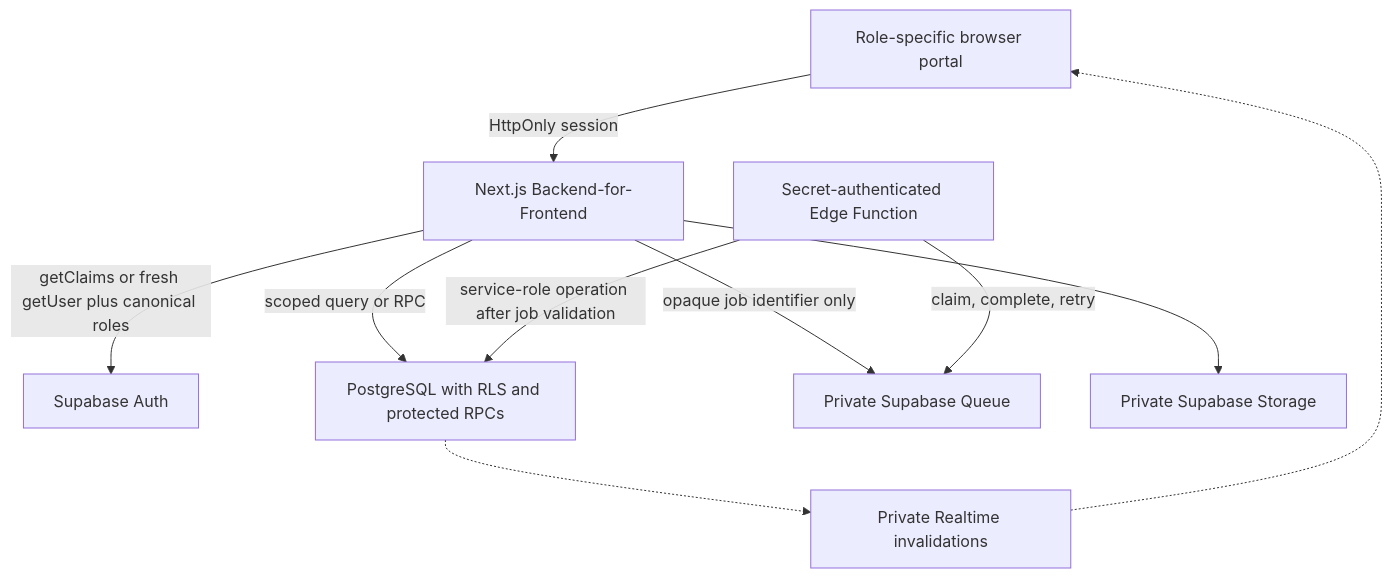
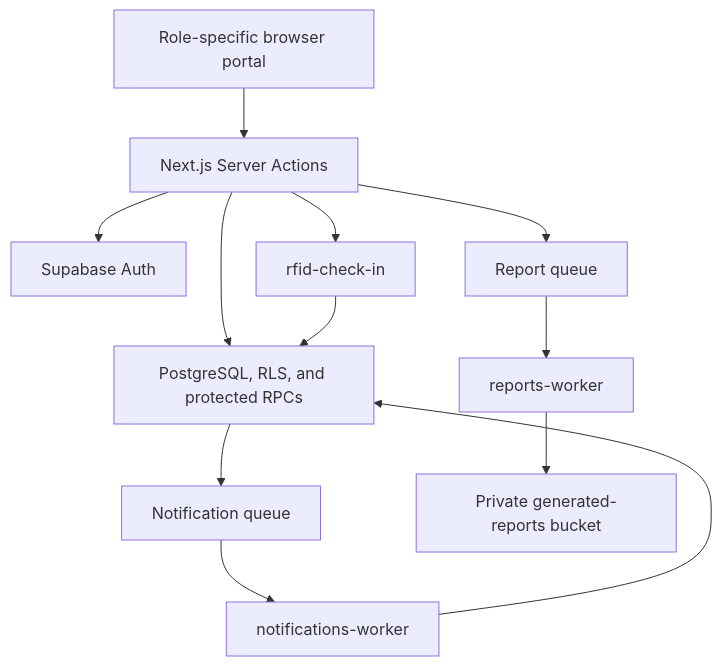
One commit to Tokise/Zentraq-backend changed the diagram in docs/SERVERLESS_MICROSERVICES_MIGRATION.md. Above: the diagram before and after it, drawn with Mermaid. The commit also changed other lines of this file and 190 other files, not shown here.

Commit message:
updated: Serverless micorservices on rfid scanning , notification and reports

````diff
--- a/docs/SERVERLESS_MICROSERVICES_MIGRATION.md
+++ b/docs/SERVERLESS_MICROSERVICES_MIGRATION.md
@@ -21,21 +32,25 @@
 ```mermaid
 flowchart TB
     Browser["Role-specific browser portal"]
-    Next["Next.js Backend-for-Frontend"]
+    Actions["Next.js Server Actions"]
     Auth["Supabase Auth"]
-    Data["PostgreSQL with RLS and protected RPCs"]
-    Queue["Private Supabase Queue"]
-    Worker["Secret-authenticated Edge Function"]
-    Storage["Private Supabase Storage"]
-    Realtime["Private Realtime invalidations"]
+    Database["PostgreSQL, RLS, and protected RPCs"]
+    NotificationQueue["Notification queue"]
+    NotificationWorker["notifications-worker"]
+    ReportQueue["Report queue"]
+    ReportWorker["reports-worker"]
+    Storage["Private generated-reports bucket"]
+    RfidWorker["rfid-check-in"]
 
-    Browser -->|HttpOnly session| Next
-    Next -->|getClaims or fresh getUser plus canonical roles| Auth
-    Next -->|scoped query or RPC| Data
-    Next -->|opaque job identifier only| Queue
-    Worker -->|claim, complete, retry| Queue
-    Worker -->|service-role operation after job validation| Data
-    Next --> Storage
-    Data -.-> Realtime
-    Realtime -.-> Browser
+    Browser --> Actions
+    Actions --> Auth
+    Actions --> Database
+    Database --> NotificationQueue
+    NotificationQueue --> NotificationWorker
+    NotificationWorker --> Database
+    Actions --> ReportQueue
+    ReportQueue --> ReportWorker
+    ReportWorker --> Storage
+    Actions --> RfidWorker
+    RfidWorker --> Database
 ```
````
